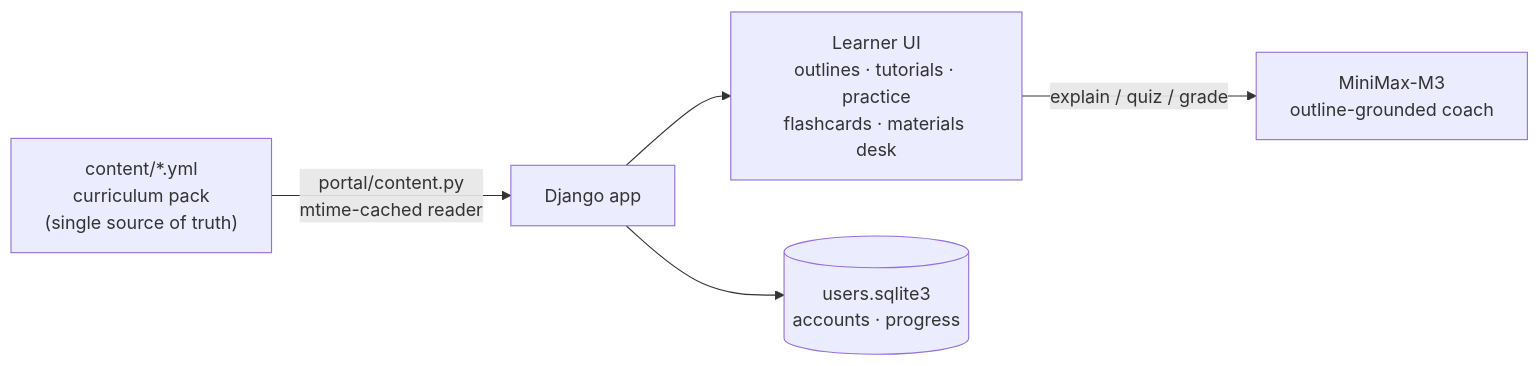
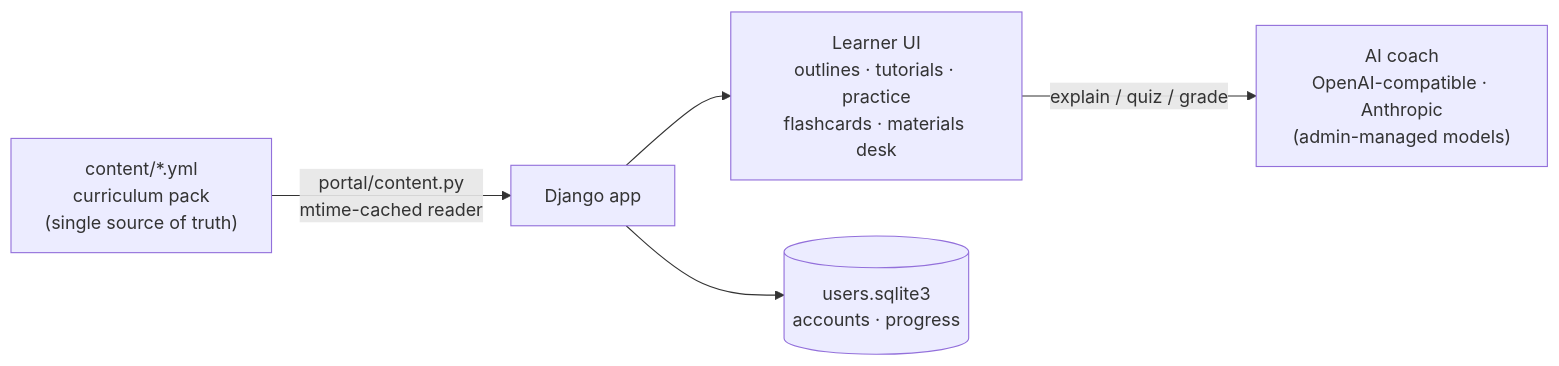
The diagram in README.md (brentwong-kiel1997/NMAT_MCAT_PREP), drawn with Mermaid before and after one commit. The commit also changed other lines of this file and 18 other files, not shown here.

First line of the commit message:
Make the study coach model-agnostic with admin-managed providers

````diff
--- a/README.md
+++ b/README.md
@@ -97,7 +98,7 @@
 ```mermaid
 flowchart LR
     A["content/*.yml<br/>curriculum pack<br/>(single source of truth)"] -->|"portal/content.py<br/>mtime-cached reader"| B["Django app"]
     B --> C["Learner UI<br/>outlines · tutorials · practice<br/>flashcards · materials desk"]
     B --> D[("users.sqlite3<br/>accounts · progress")]
-    C -->|"explain / quiz / grade"| E["MiniMax-M3<br/>outline-grounded coach"]
+    C -->|"explain / quiz / grade"| E["AI coach<br/>OpenAI-compatible · Anthropic<br/>(admin-managed models)"]
 ```
````
